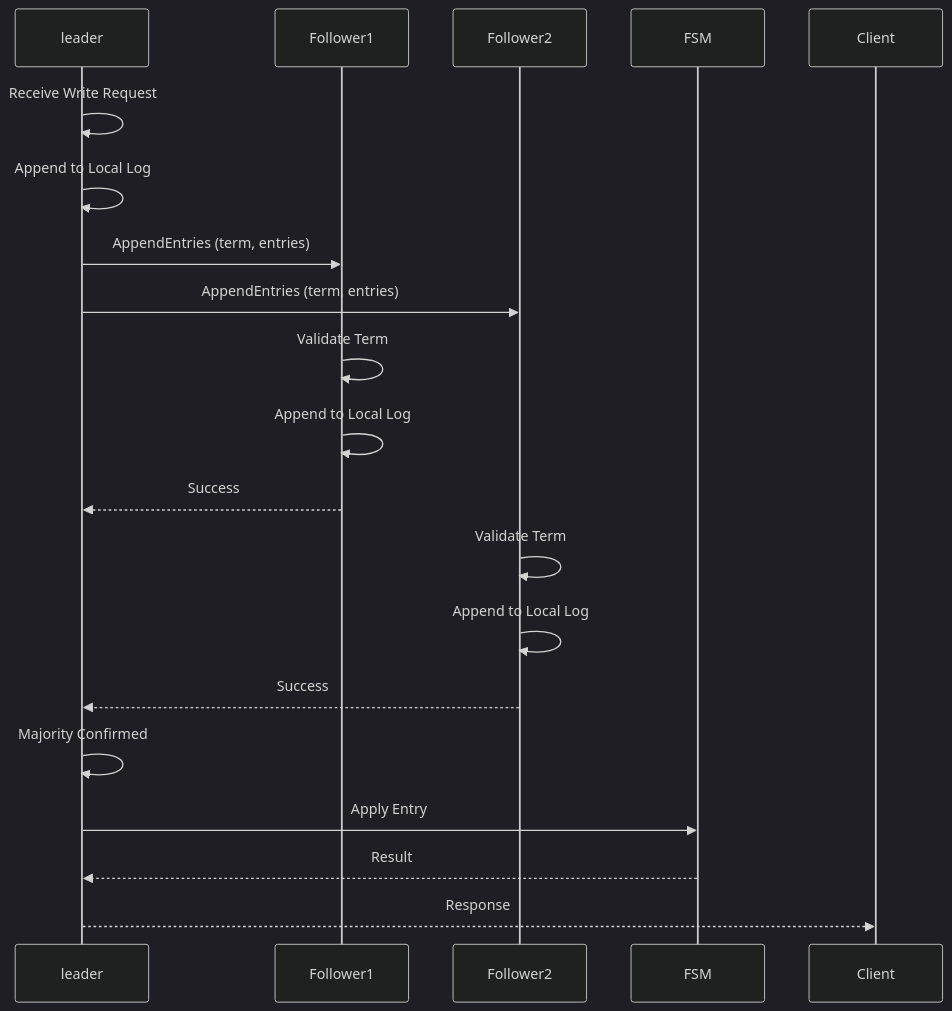
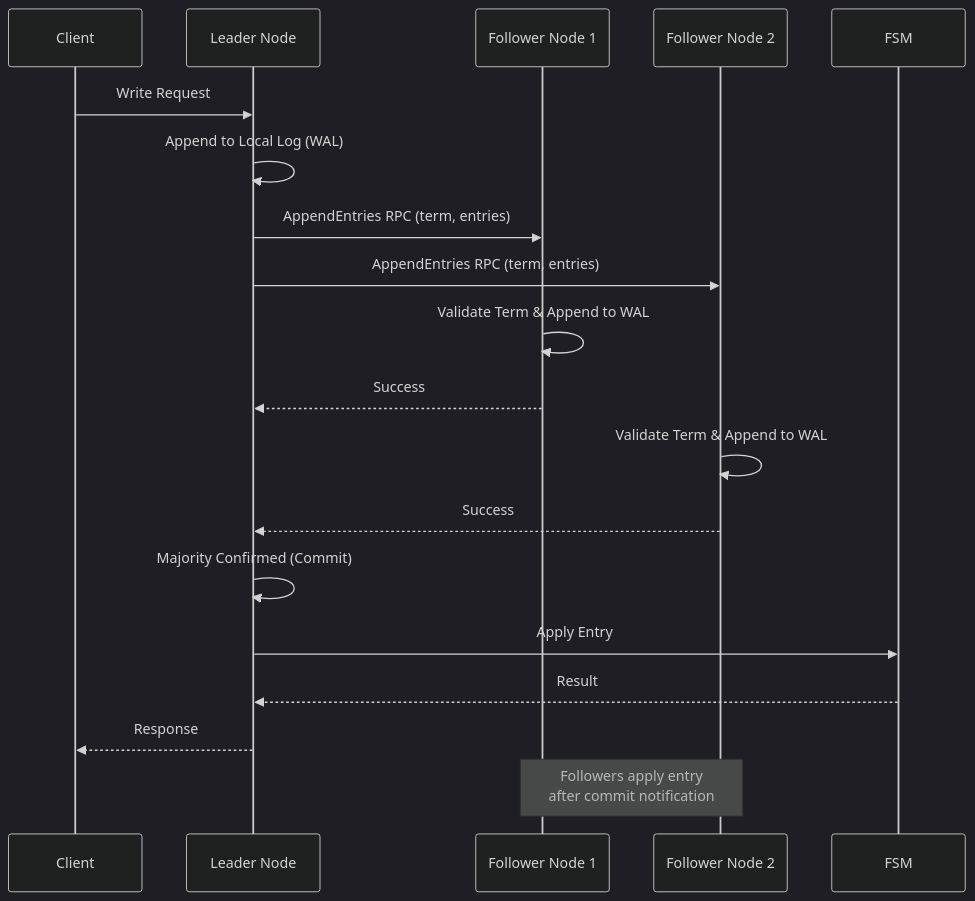
One commit to formancehq/ledger changed the third of 7 diagrams in docs/data-flows.md. Above: the diagram before and after it, drawn with Mermaid (dark theme). The commit also changed other lines of this file and 11 other files, not shown here.

````diff
--- a/docs/data-flows.md
+++ b/docs/data-flows.md
@@ -156,25 +156,26 @@
 ```mermaid
 sequenceDiagram
-    participant leader
-    participant Follower1
-    participant Follower2
-    participant FSM
+    participant Client
+    participant Leader as Leader Node
+    participant Follower1 as Follower Node 1
+    participant Follower2 as Follower Node 2
+    participant FSM as FSM
     
-    leader->>leader: Receive Write Request
-    leader->>leader: Append to Local Log
-    leader->>Follower1: AppendEntries (term, entries)
-    leader->>Follower2: AppendEntries (term, entries)
+    Client->>Leader: Write Request
+    Leader->>Leader: Append to Local Log (WAL)
+    Leader->>Follower1: AppendEntries RPC (term, entries)
+    Leader->>Follower2: AppendEntries RPC (term, entries)
     
-    Follower1->>Follower1: Validate Term
-    Follower1->>Follower1: Append to Local Log
-    Follower1-->>leader: Success
+    Follower1->>Follower1: Validate Term & Append to WAL
+    Follower1-->>Leader: Success
     
-    Follower2->>Follower2: Validate Term
-    Follower2->>Follower2: Append to Local Log
-    Follower2-->>leader: Success
+    Follower2->>Follower2: Validate Term & Append to WAL
+    Follower2-->>Leader: Success
     
-    leader->>leader: Majority Confirmed
-    leader->>FSM: Apply Entry
-    FSM-->>leader: Result
-    leader-->>Client: Response
+    Leader->>Leader: Majority Confirmed (Commit)
+    Leader->>FSM: Apply Entry
+    FSM-->>Leader: Result
+    Leader-->>Client: Response
+    
+    Note over Follower1,Follower2: Followers apply entry<br/>after commit notification
 ```
````
